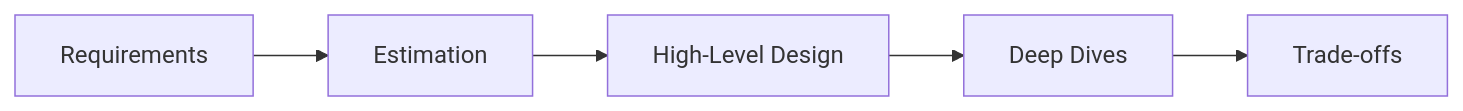
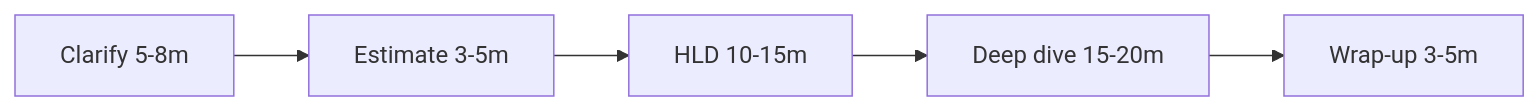
Before and after one commit to hareramcse/SystemDesign: the first of 3 diagrams in 16-interview-guide/README.md, drawn with Mermaid. The commit also changed other lines of this file and 14 other files, not shown here.

````diff
--- a/16-interview-guide/README.md
+++ b/16-interview-guide/README.md
@@ -29,7 +67,7 @@
 ```mermaid
 flowchart LR
-    Req[Requirements] --> Est[Estimation]
-    Est --> HLD[High-Level Design]
-    HLD --> DD[Deep Dives]
-    DD --> Trade[Trade-offs]
+    Clarify[Clarify 5-8m] --> Estimate[Estimate 3-5m]
+    Estimate --> HLD[HLD 10-15m]
+    HLD --> Deep[Deep dive 15-20m]
+    Deep --> Wrap[Wrap-up 3-5m]
 ```
````
